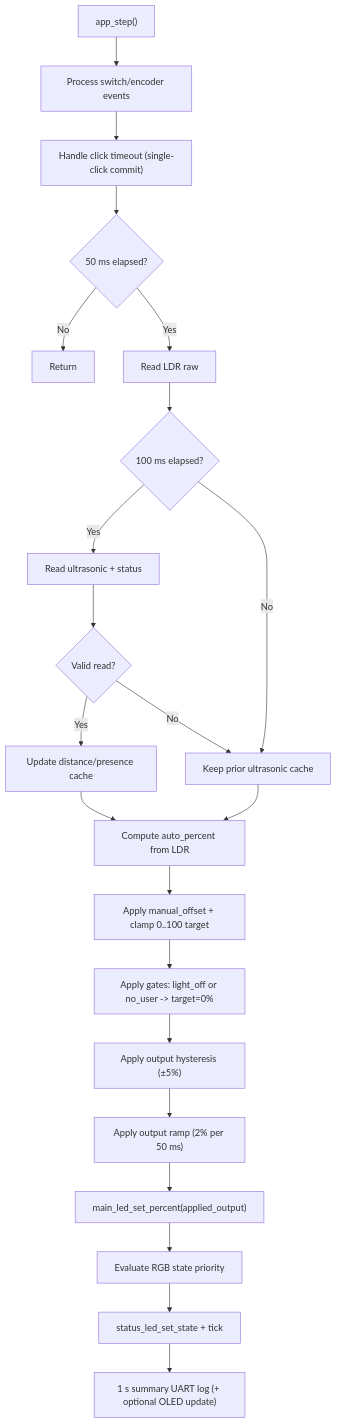
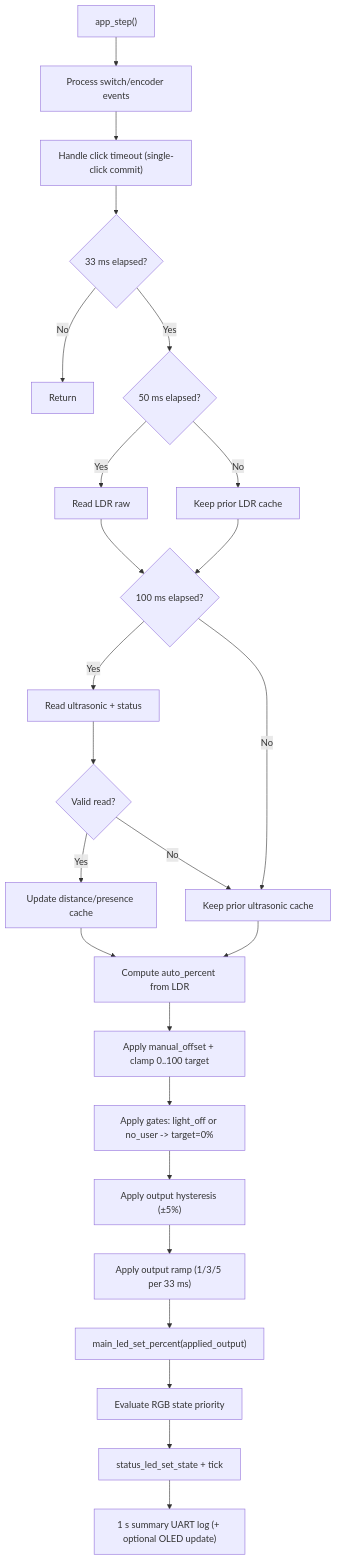
Before and after one commit to RJTPP/S-ADAPT-IoT: the first of 2 diagrams in docs/architecture/business-logic.md, drawn with Mermaid. The commit also changed other lines of this file and 3 other files, not shown here.

````diff
--- a/docs/architecture/business-logic.md
+++ b/docs/architecture/business-logic.md
@@ -40,24 +40,27 @@
 ```mermaid
 flowchart TD
     A["app_step()"] --> B["Process switch/encoder events"]
     B --> C["Handle click timeout (single-click commit)"]
-    C --> D{"50 ms elapsed?"}
+    C --> D{"33 ms elapsed?"}
     D -- "No" --> E["Return"]
-    D -- "Yes" --> F["Read LDR raw"]
-    F --> G{"100 ms elapsed?"}
-    G -- "Yes" --> H["Read ultrasonic + status"]
-    G -- "No" --> I["Keep prior ultrasonic cache"]
-    H --> J{"Valid read?"}
-    J -- "Yes" --> K["Update distance/presence cache"]
-    J -- "No" --> I
-    K --> L["Compute auto_percent from LDR"]
-    I --> L
-    L --> M["Apply manual_offset + clamp 0..100 target"]
-    M --> N["Apply gates: light_off or no_user -> target=0%"]
-    N --> O["Apply output hysteresis (±5%)"]
-    O --> P["Apply output ramp (2% per 50 ms)"]
-    P --> Q["main_led_set_percent(applied_output)"]
-    Q --> R["Evaluate RGB state priority"]
-    R --> S["status_led_set_state + tick"]
-    S --> T["1 s summary UART log (+ optional OLED update)"]
+    D -- "Yes" --> F{"50 ms elapsed?"}
+    F -- "Yes" --> G["Read LDR raw"]
+    F -- "No" --> H["Keep prior LDR cache"]
+    G --> I{"100 ms elapsed?"}
+    H --> I
+    I -- "Yes" --> J["Read ultrasonic + status"]
+    I -- "No" --> K["Keep prior ultrasonic cache"]
+    J --> L{"Valid read?"}
+    L -- "Yes" --> M["Update distance/presence cache"]
+    L -- "No" --> K
+    M --> N["Compute auto_percent from LDR"]
+    K --> N
+    N --> O["Apply manual_offset + clamp 0..100 target"]
+    O --> P["Apply gates: light_off or no_user -> target=0%"]
+    P --> Q["Apply output hysteresis (±5%)"]
+    Q --> R["Apply output ramp (1/3/5 per 33 ms)"]
+    R --> S["main_led_set_percent(applied_output)"]
+    S --> T["Evaluate RGB state priority"]
+    T --> U["status_led_set_state + tick"]
+    U --> V["1 s summary UART log (+ optional OLED update)"]
 ```
````
